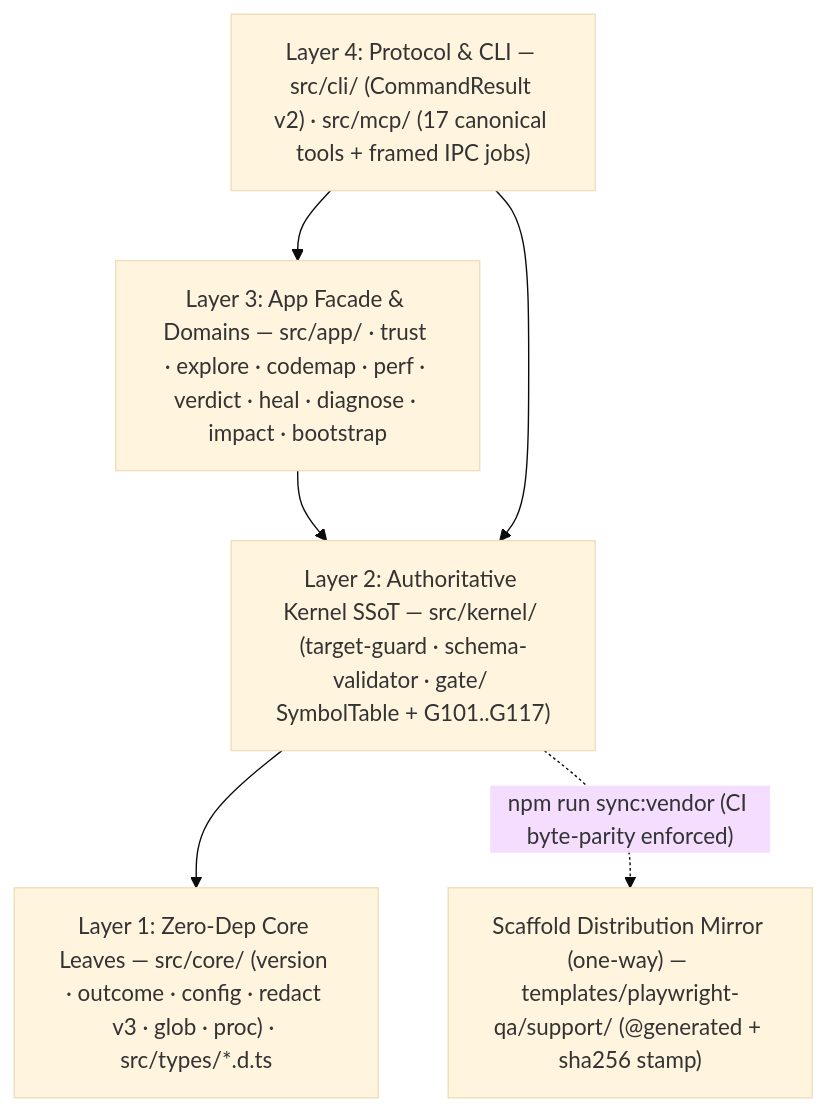
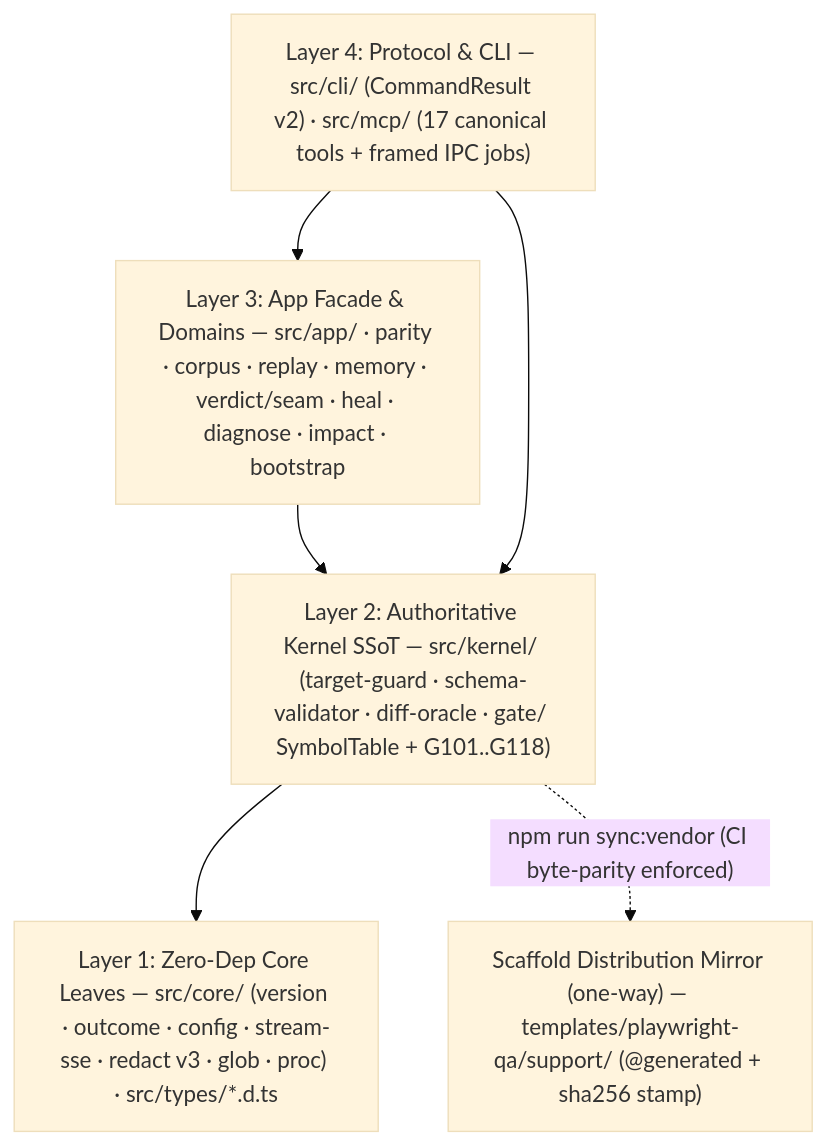
The diagram in README.en.md (seaworld008/ai-test-workbench), drawn with Mermaid (base theme) before and after one commit. The commit also changed other lines of this file and 130 other files, not shown here.

Commit message:
feat(v6.4.0): add memory loop distiller, AITEST-G118 lockstep gate, seam review card, and 22-task red-team suite

````diff
--- a/README.en.md
+++ b/README.en.md
@@ -84,12 +84,12 @@
 ```mermaid
 flowchart TB
     L4["Layer 4: Protocol & CLI — src/cli/ (CommandResult v2) · src/mcp/ (17 canonical tools + framed IPC jobs)"]
-    L3["Layer 3: App Facade & Domains — src/app/ · trust · explore · codemap · perf · verdict · heal · diagnose · impact · bootstrap"]
-    L2["Layer 2: Authoritative Kernel SSoT — src/kernel/ (target-guard · schema-validator · gate/ SymbolTable + G101..G117)"]
-    L1["Layer 1: Zero-Dep Core Leaves — src/core/ (version · outcome · config · redact v3 · glob · proc) · src/types/*.d.ts"]
+    L3["Layer 3: App Facade & Domains — src/app/ · parity · corpus · replay · memory · verdict/seam · heal · diagnose · impact · bootstrap"]
+    L2["Layer 2: Authoritative Kernel SSoT — src/kernel/ (target-guard · schema-validator · diff-oracle · gate/ SymbolTable + G101..G118)"]
+    L1["Layer 1: Zero-Dep Core Leaves — src/core/ (version · outcome · config · stream-sse · redact v3 · glob · proc) · src/types/*.d.ts"]
     TPL["Scaffold Distribution Mirror (one-way) — templates/playwright-qa/support/ (@generated + sha256 stamp)"]
 
     L4 --> L3 --> L2 --> L1
     L4 --> L2
     L2 -. "npm run sync:vendor (CI byte-parity enforced)" .-> TPL
 ```
````
